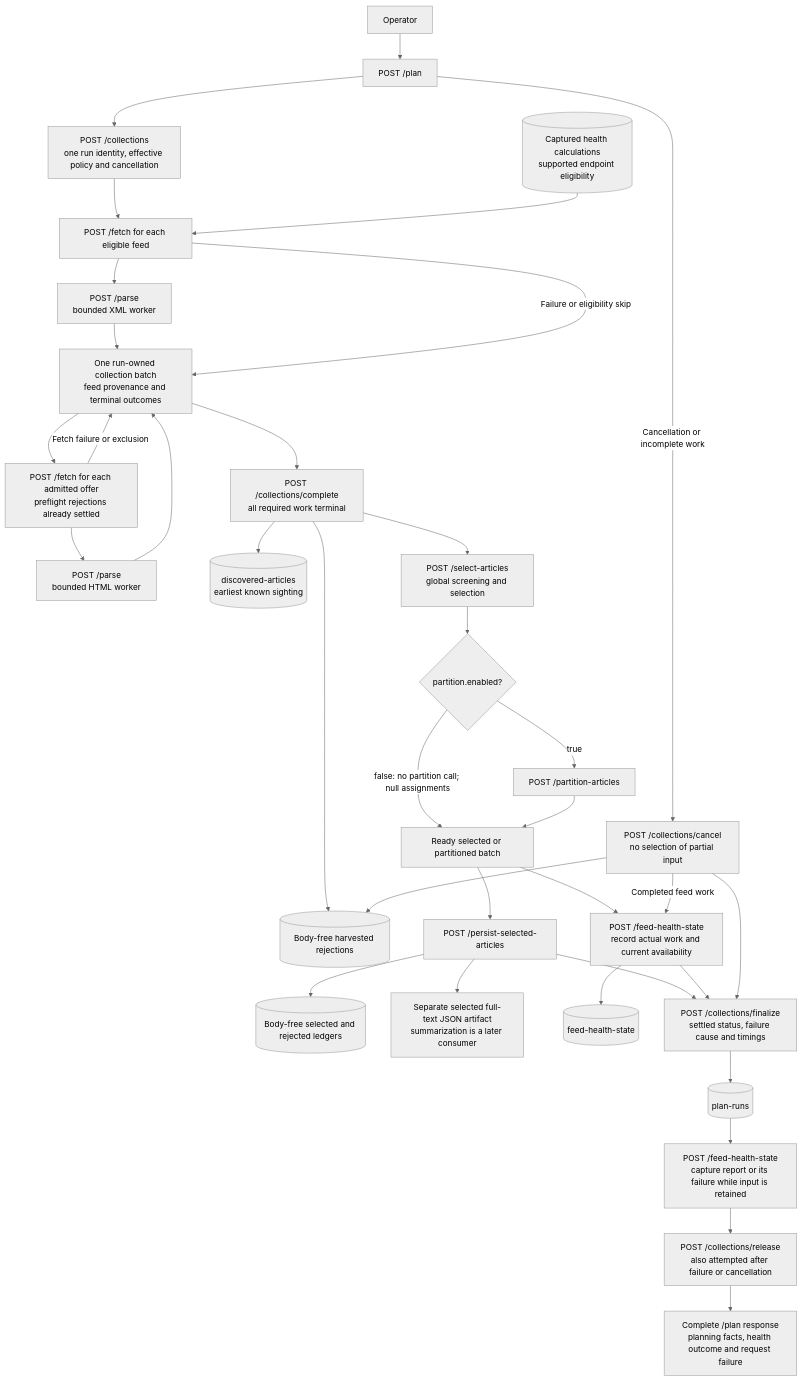
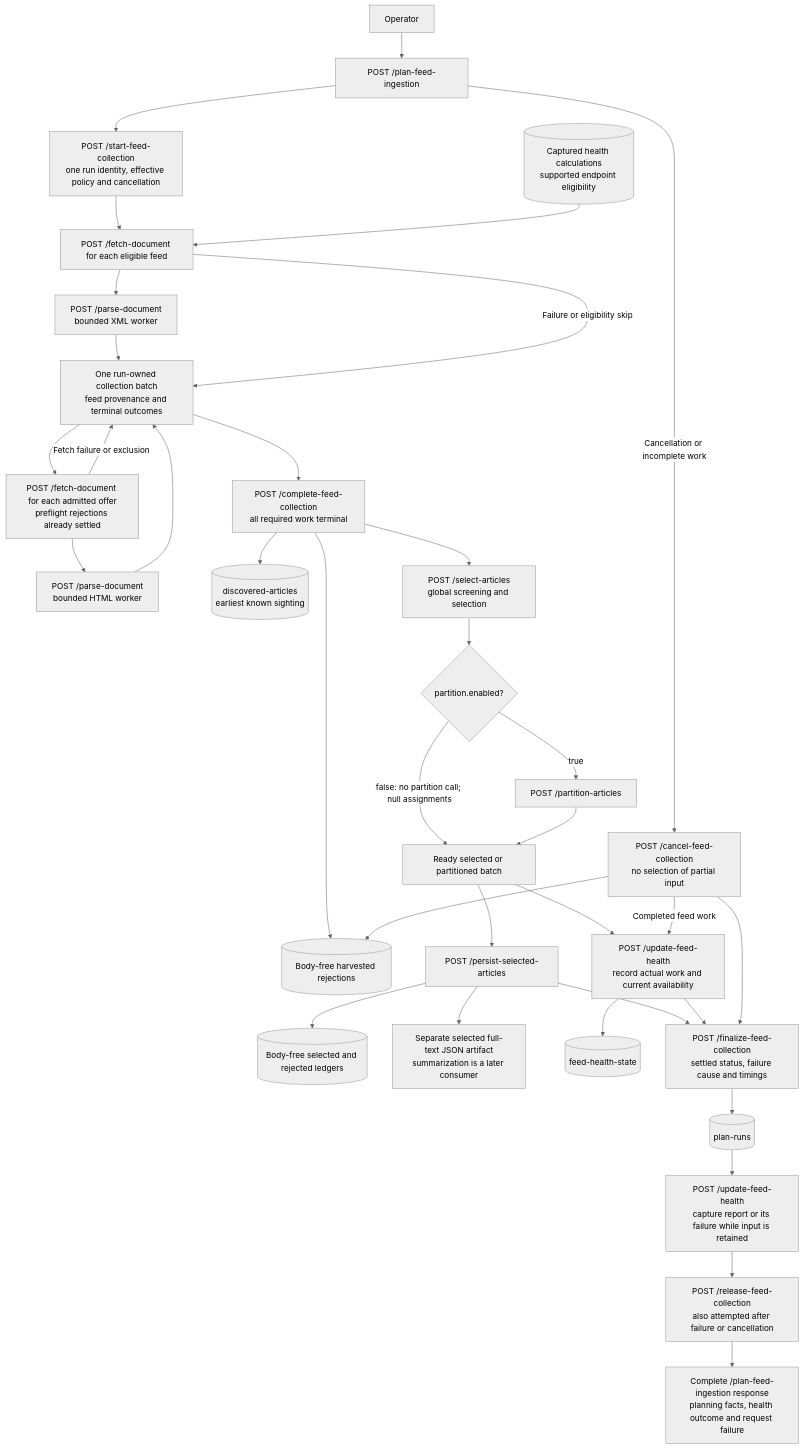
The diagram in docs/architecture/sources/feed-operator-api.md (miztiik/yen-idhazh), drawn with Mermaid (neutral theme) before and after one commit. The commit also changed other lines of this file and 41 other files, not shown here.

````diff
--- a/docs/architecture/sources/feed-operator-api.md
+++ b/docs/architecture/sources/feed-operator-api.md
@@ -417,37 +419,37 @@
 ```mermaid
 flowchart TD
-  OP["Operator"] --> PLAN["POST /plan"]
-  PLAN --> BEGIN["POST /collections<br/>one run identity, effective policy and cancellation"]
-  BEGIN --> FETCH_FEED["POST /fetch for each eligible feed"]
+  OP["Operator"] --> PLAN["POST /plan-feed-ingestion"]
+  PLAN --> BEGIN["POST /start-feed-collection<br/>one run identity, effective policy and cancellation"]
+  BEGIN --> FETCH_FEED["POST /fetch-document for each eligible feed"]
   CURRENT[("Captured health calculations<br/>supported endpoint eligibility")] --> FETCH_FEED
-  FETCH_FEED --> PARSE_FEED["POST /parse<br/>bounded XML worker"]
+  FETCH_FEED --> PARSE_FEED["POST /parse-document<br/>bounded XML worker"]
   PARSE_FEED --> BATCH["One run-owned collection batch<br/>feed provenance and terminal outcomes"]
-  BATCH --> FETCH_ARTICLE["POST /fetch for each admitted offer<br/>preflight rejections already settled"]
-  FETCH_ARTICLE --> PARSE_ARTICLE["POST /parse<br/>bounded HTML worker"]
+  BATCH --> FETCH_ARTICLE["POST /fetch-document for each admitted offer<br/>preflight rejections already settled"]
+  FETCH_ARTICLE --> PARSE_ARTICLE["POST /parse-document<br/>bounded HTML worker"]
   PARSE_ARTICLE --> BATCH
   FETCH_FEED -->|"Failure or eligibility skip"| BATCH
   FETCH_ARTICLE -->|"Fetch failure or exclusion"| BATCH
-  BATCH --> COMPLETE["POST /collections/complete<br/>all required work terminal"]
+  BATCH --> COMPLETE["POST /complete-feed-collection<br/>all required work terminal"]
   COMPLETE --> DISCOVERY[("discovered-articles<br/>earliest known sighting")]
   COMPLETE --> REJECTIONS[("Body-free harvested rejections")]
   COMPLETE --> SELECT["POST /select-articles<br/>global screening and selection"]
   SELECT --> ENABLED{"partition.enabled?"}
   ENABLED -->|"true"| PARTITION["POST /partition-articles"]
   ENABLED -->|"false: no partition call; null assignments"| READY["Ready selected or partitioned batch"]
   PARTITION --> READY
   READY --> PERSIST["POST /persist-selected-articles"]
   PERSIST --> METADATA[("Body-free selected and rejected ledgers")]
   PERSIST --> TEXT["Separate selected full-text JSON artifact<br/>summarization is a later consumer"]
-  READY --> HEALTH["POST /feed-health-state<br/>record actual work and current availability"]
+  READY --> HEALTH["POST /update-feed-health<br/>record actual work and current availability"]
   HEALTH --> HEALTH_LEDGER[("feed-health-state")]
-  PERSIST --> FINAL["POST /collections/finalize<br/>settled status, failure cause and timings"]
+  PERSIST --> FINAL["POST /finalize-feed-collection<br/>settled status, failure cause and timings"]
   HEALTH --> FINAL
   FINAL --> RUNS[("plan-runs")]
-  PLAN -->|"Cancellation or incomplete work"| CANCEL["POST /collections/cancel<br/>no selection of partial input"]
+  PLAN -->|"Cancellation or incomplete work"| CANCEL["POST /cancel-feed-collection<br/>no selection of partial input"]
   CANCEL --> REJECTIONS
   CANCEL -->|"Completed feed work"| HEALTH
   CANCEL --> FINAL
-  RUNS --> SUMMARY["POST /feed-health-state<br/>capture report or its failure while input is retained"]
-  SUMMARY --> RELEASE["POST /collections/release<br/>also attempted after failure or cancellation"]
-  RELEASE --> RESULT["Complete /plan response<br/>planning facts, health outcome and request failure"]
+  RUNS --> SUMMARY["POST /update-feed-health<br/>capture report or its failure while input is retained"]
+  SUMMARY --> RELEASE["POST /release-feed-collection<br/>also attempted after failure or cancellation"]
+  RELEASE --> RESULT["Complete /plan-feed-ingestion response<br/>planning facts, health outcome and request failure"]
 ```
````
